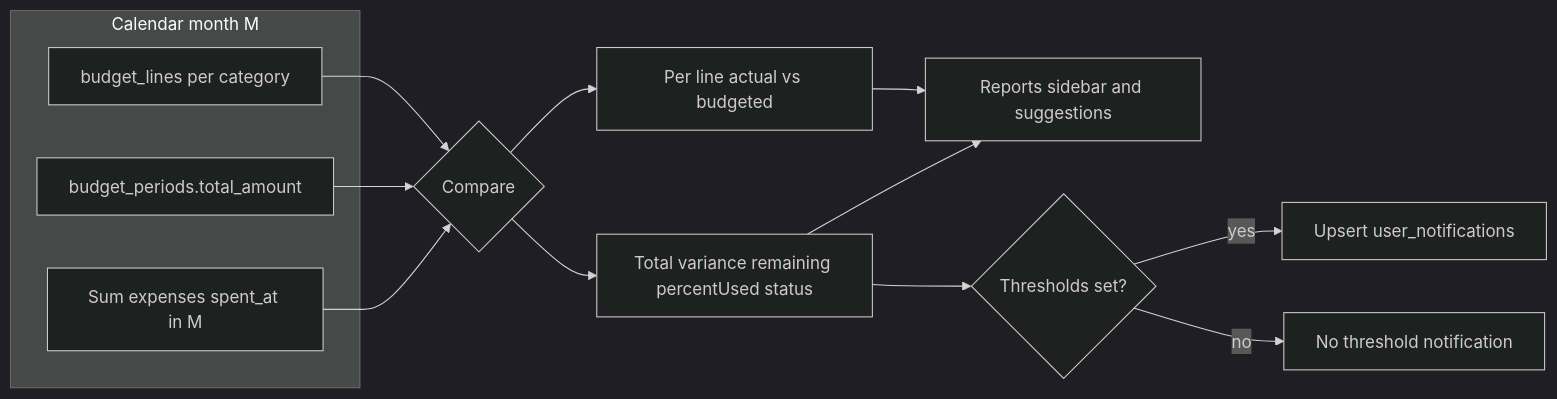
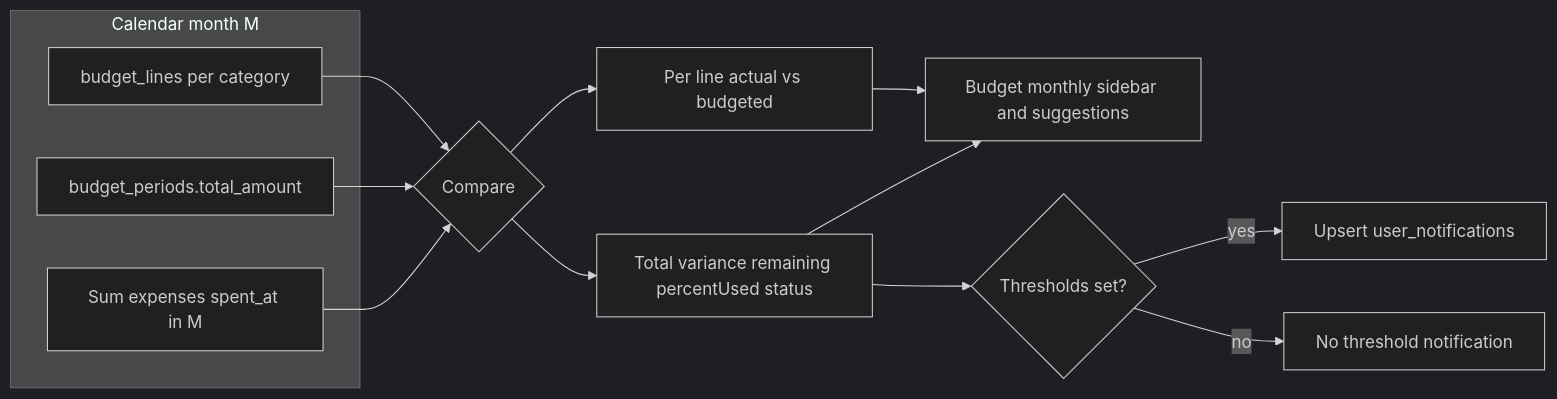
The diagram in docs/diagrams/budgeting-vs-actuals.mmd (becomeonewiththecode/expense_tracker), drawn with Mermaid (dark theme) before and after one commit. The commit also changed 45 other files, not shown here.

```diff
--- a/docs/diagrams/budgeting-vs-actuals.mmd
+++ b/docs/diagrams/budgeting-vs-actuals.mmd
@@ -1,22 +1,22 @@
 %% How monthly actuals compare to budget (Mermaid source for docs/BUDGETING.md)
 
 flowchart LR
   subgraph month [Calendar month M]
     A[Sum expenses spent_at in M]
     T[budget_periods.total_amount]
     L[budget_lines per category]
   end
 
   A --> V{Compare}
   T --> V
   L --> V
 
   V --> TOT[Total variance remaining percentUsed status]
   V --> CAT[Per line actual vs budgeted]
 
-  TOT --> UI[Reports sidebar and suggestions]
+  TOT --> UI[Budget monthly sidebar and suggestions]
   CAT --> UI
 
   TOT --> TH{Thresholds set?}
   TH -->|yes| N[Upsert user_notifications]
   TH -->|no| SKIP[No threshold notification]
```
